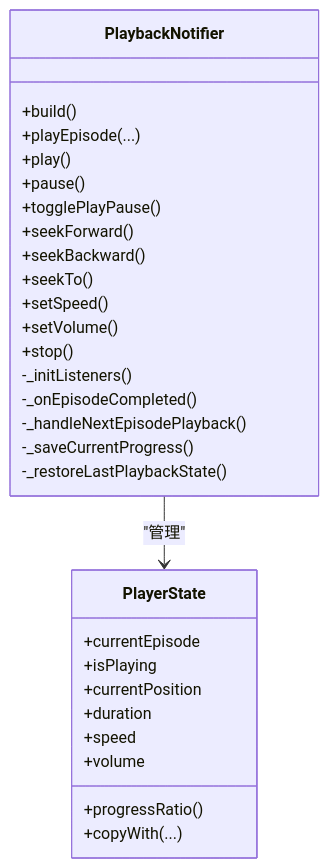
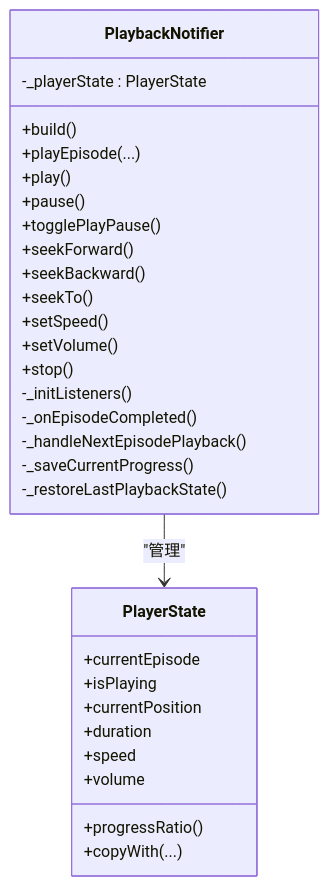
The sixth of 9 diagrams in .qoder/repowiki/zh/content/架构设计/设计模式应用/Provider Pattern（提供者模式）/Provider Pattern（提供者模式）.md (ZTfer/Tinycast), drawn with Mermaid before and after one commit. The commit also changed other lines of this file and 4 other files, not shown here.

````diff
--- a/.qoder/repowiki/zh/content/架构设计/设计模式应用/Provider Pattern（提供者模式）/Provider Pattern（提供者模式）.md
+++ b/.qoder/repowiki/zh/content/架构设计/设计模式应用/Provider Pattern（提供者模式）/Provider Pattern（提供者模式）.md
@@ -192,32 +322,33 @@
 ```mermaid
 classDiagram
 class PlayerState {
 +currentEpisode
 +isPlaying
 +currentPosition
 +duration
 +speed
 +volume
 +progressRatio()
 +copyWith(...)
 }
 class PlaybackNotifier {
 +build()
 +playEpisode(...)
 +play()
 +pause()
 +togglePlayPause()
 +seekForward()
 +seekBackward()
 +seekTo()
 +setSpeed()
 +setVolume()
 +stop()
 -_initListeners()
 -_onEpisodeCompleted()
 -_handleNextEpisodePlayback()
 -_saveCurrentProgress()
 -_restoreLastPlaybackState()
+-_playerState : PlayerState
 }
 PlaybackNotifier --> PlayerState : "管理"
 ```
````
